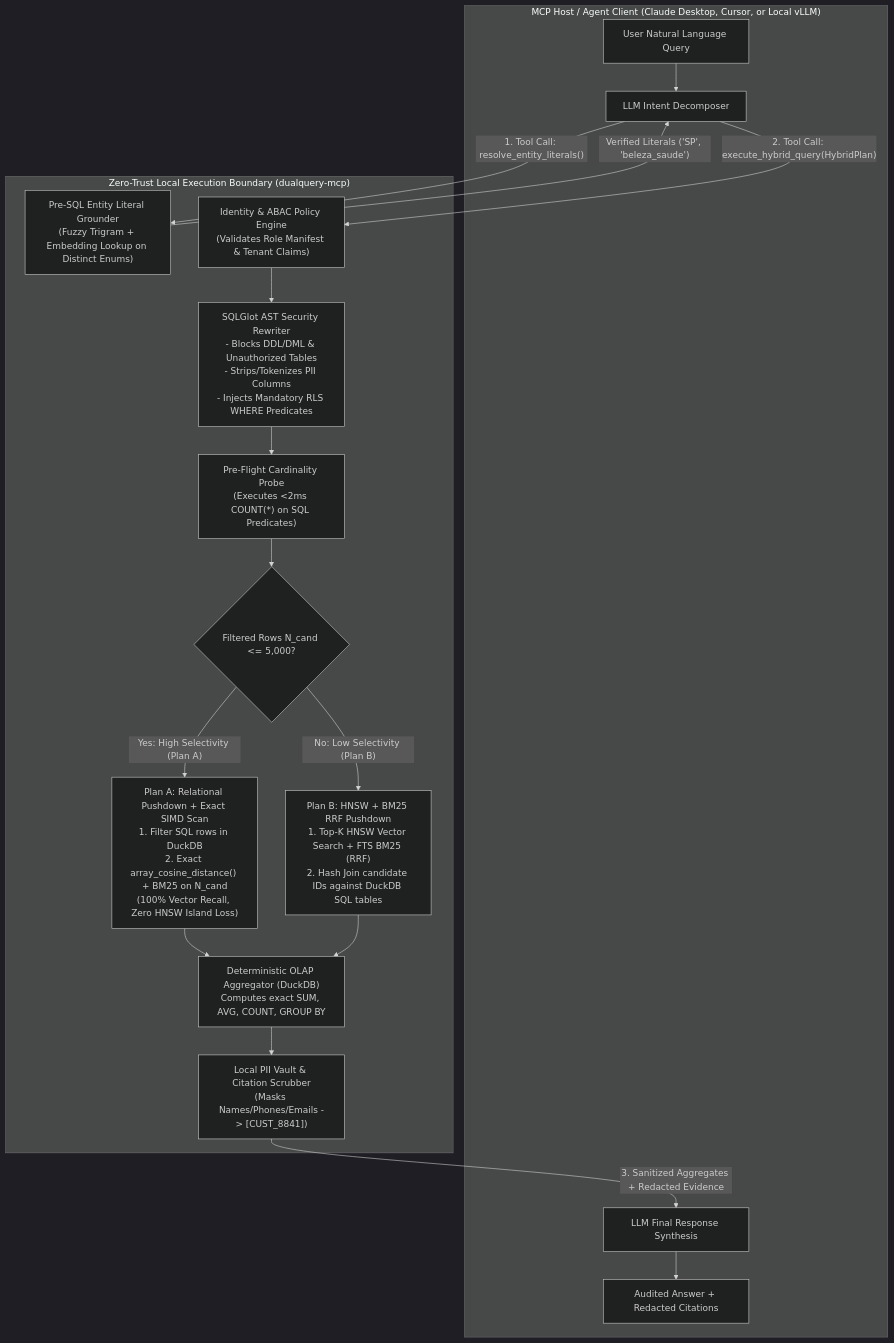
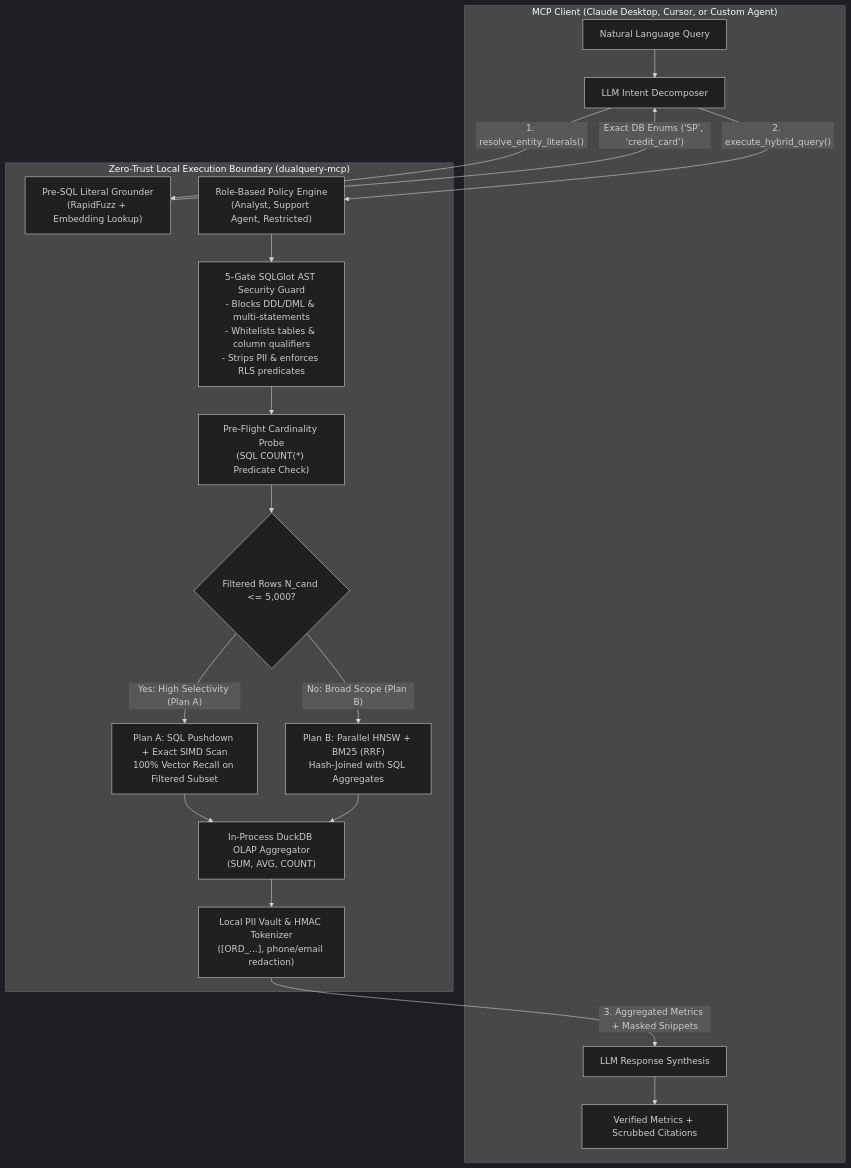
Before and after one commit to Zayf24/DualQuery: the diagram in README.md, drawn with Mermaid (dark theme). The commit also changed other lines of this file and 7 other files, not shown here.

````diff
--- a/README.md
+++ b/README.md
@@ -28,31 +27,27 @@
 ```mermaid
 flowchart TD
-    subgraph Host["MCP Host / Agent Client (Claude Desktop, Cursor, or Local vLLM)"]
-        User["User Natural Language Query"] --> LLMPlanner["LLM Intent Decomposer"]
-        LLMSynth["LLM Final Response Synthesis"] --> Output["Audited Answer + Redacted Citations"]
+    subgraph Host["MCP Client (Claude Desktop, Cursor, or Custom Agent)"]
+        User["Natural Language Query"] --> LLMPlanner["LLM Intent Decomposer"]
+        LLMSynth["LLM Response Synthesis"] --> Output["Verified Metrics + Scrubbed Citations"]
     end
 
     subgraph Edge["Zero-Trust Local Execution Boundary (dualquery-mcp)"]
-        LLMPlanner -- "1. Tool Call: resolve_entity_literals()" --> Grounder["Pre-SQL Entity Literal Grounder<br/>(Fuzzy Trigram + Embedding Lookup on Distinct Enums)"]
-        Grounder -- "Verified Literals ('SP', 'beleza_saude')" --> LLMPlanner
-        
-        LLMPlanner -- "2. Tool Call: execute_hybrid_query(HybridPlan)" --> Gateway["Identity & ABAC Policy Engine<br/>(Validates Role Manifest & Tenant Claims)"]
-        
-        Gateway --> ASTGuard["SQLGlot AST Security Rewriter<br/>- Blocks DDL/DML & Unauthorized Tables<br/>- Strips/Tokenizes PII Columns<br/>- Injects Mandatory RLS WHERE Predicates"]
-        
-        ASTGuard --> Probe["Pre-Flight Cardinality Probe<br/>(Executes <2ms COUNT(*) on SQL Predicates)"]
-        
+        LLMPlanner -- "1. resolve_entity_literals()" --> Grounder["Pre-SQL Literal Grounder<br/>(RapidFuzz + Embedding Lookup)"]
+        Grounder -- "Exact DB Enums ('SP', 'credit_card')" --> LLMPlanner
+
+        LLMPlanner -- "2. execute_hybrid_query()" --> Gateway["Role-Based Policy Engine<br/>(Analyst, Support Agent, Restricted)"]
+        Gateway --> ASTGuard["5-Gate SQLGlot AST Security Guard<br/>- Blocks DDL/DML & multi-statements<br/>- Whitelists tables & column qualifiers<br/>- Strips PII & enforces RLS predicates"]
+
+        ASTGuard --> Probe["Pre-Flight Cardinality Probe<br/>(SQL COUNT(*) Predicate Check)"]
         Probe --> Decision{"Filtered Rows N_cand <= 5,000?"}
-        
-        Decision -- "Yes: High Selectivity (Plan A)" --> PlanA["Plan A: Relational Pushdown + Exact SIMD Scan<br/>1. Filter SQL rows in DuckDB<br/>2. Exact array_cosine_distance() + BM25 on N_cand<br/>(100% Vector Recall, Zero HNSW Island Loss)"]
-        
-        Decision -- "No: Low Selectivity (Plan B)" --> PlanB["Plan B: HNSW + BM25 RRF Pushdown<br/>1. Top-K HNSW Vector Search + FTS BM25 (RRF)<br/>2. Hash Join candidate IDs against DuckDB SQL tables"]
-        
-        PlanA --> Agg["Deterministic OLAP Aggregator (DuckDB)<br/>Computes exact SUM, AVG, COUNT, GROUP BY"]
+
+        Decision -- "Yes: High Selectivity (Plan A)" --> PlanA["Plan A: SQL Pushdown + Exact SIMD Scan<br/>100% Vector Recall on Filtered Subset"]
+        Decision -- "No: Broad Scope (Plan B)" --> PlanB["Plan B: Parallel HNSW + BM25 (RRF)<br/>Hash-Joined with SQL Aggregates"]
+
+        PlanA --> Agg["In-Process DuckDB OLAP Aggregator<br/>(SUM, AVG, COUNT)"]
         PlanB --> Agg
-        
-        Agg --> Scrubber["Local PII Vault & Citation Scrubber<br/>(Masks Names/Phones/Emails -> [CUST_8841])"]
+        Agg --> Scrubber["Local PII Vault & HMAC Tokenizer<br/>([ORD_...], phone/email redaction)"]
     end
 
-    Scrubber -- "3. Sanitized Aggregates + Redacted Evidence" --> LLMSynth
+    Scrubber -- "3. Aggregated Metrics + Masked Snippets" --> LLMSynth
 ```
````
